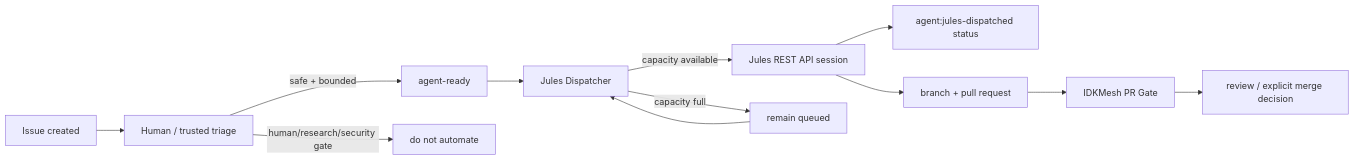
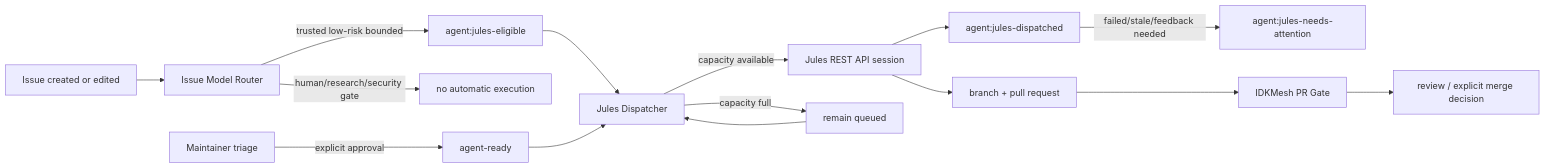
Before and after one commit to MSKazemi/idkmesh: the diagram in docs/operations/JULES_AUTOMATION.md, drawn with Mermaid. The commit also changed other lines of this file, not shown here.

Commit message:
docs: document automatic Jules routing and watchdog

````diff
--- a/docs/operations/JULES_AUTOMATION.md
+++ b/docs/operations/JULES_AUTOMATION.md
@@ -18,14 +30,17 @@
 ```mermaid
 flowchart LR
-    A[Issue created] --> B[Human / trusted triage]
-    B -->|safe + bounded| C[agent-ready]
-    B -->|human/research/security gate| X[do not automate]
-    C --> D[Jules Dispatcher]
-    D -->|capacity available| E[Jules REST API session]
+    A[Issue created or edited] --> R[Issue Model Router]
+    R -->|trusted low-risk bounded| E[agent:jules-eligible]
+    R -->|human/research/security gate| X[no automatic execution]
+    M[Maintainer triage] -->|explicit approval| AR[agent-ready]
+    E --> D[Jules Dispatcher]
+    AR --> D
+    D -->|capacity available| S[Jules REST API session]
     D -->|capacity full| Q[remain queued]
     Q --> D
-    E --> F[agent:jules-dispatched status]
-    E --> G[branch + pull request]
-    G --> H[IDKMesh PR Gate]
-    H --> I[review / explicit merge decision]
+    S --> DS[agent:jules-dispatched]
+    S --> PR[branch + pull request]
+    DS -->|failed/stale/feedback needed| AT[agent:jules-needs-attention]
+    PR --> CI[IDKMesh PR Gate]
+    CI --> H[review / explicit merge decision]
 ```
````
